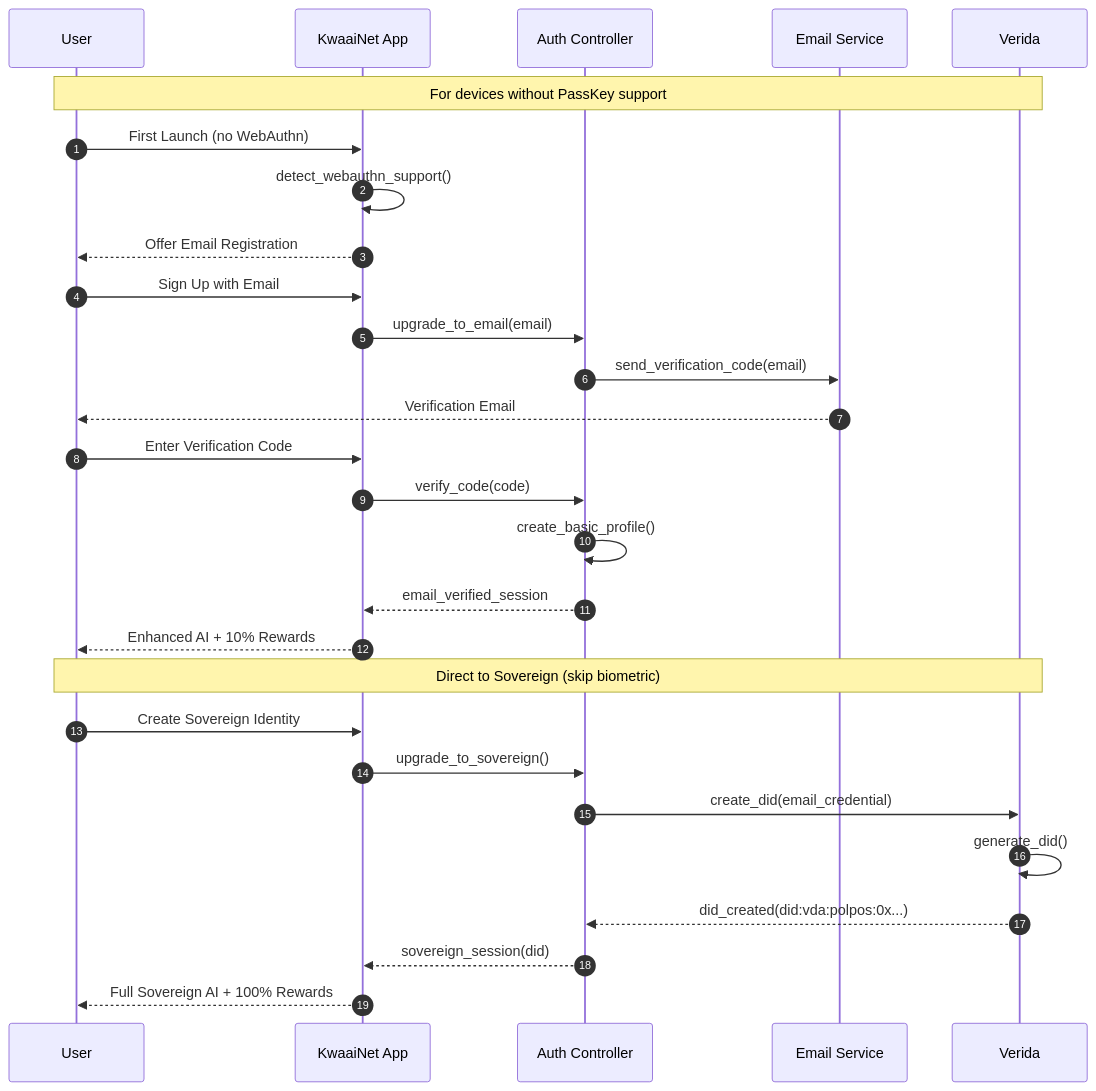
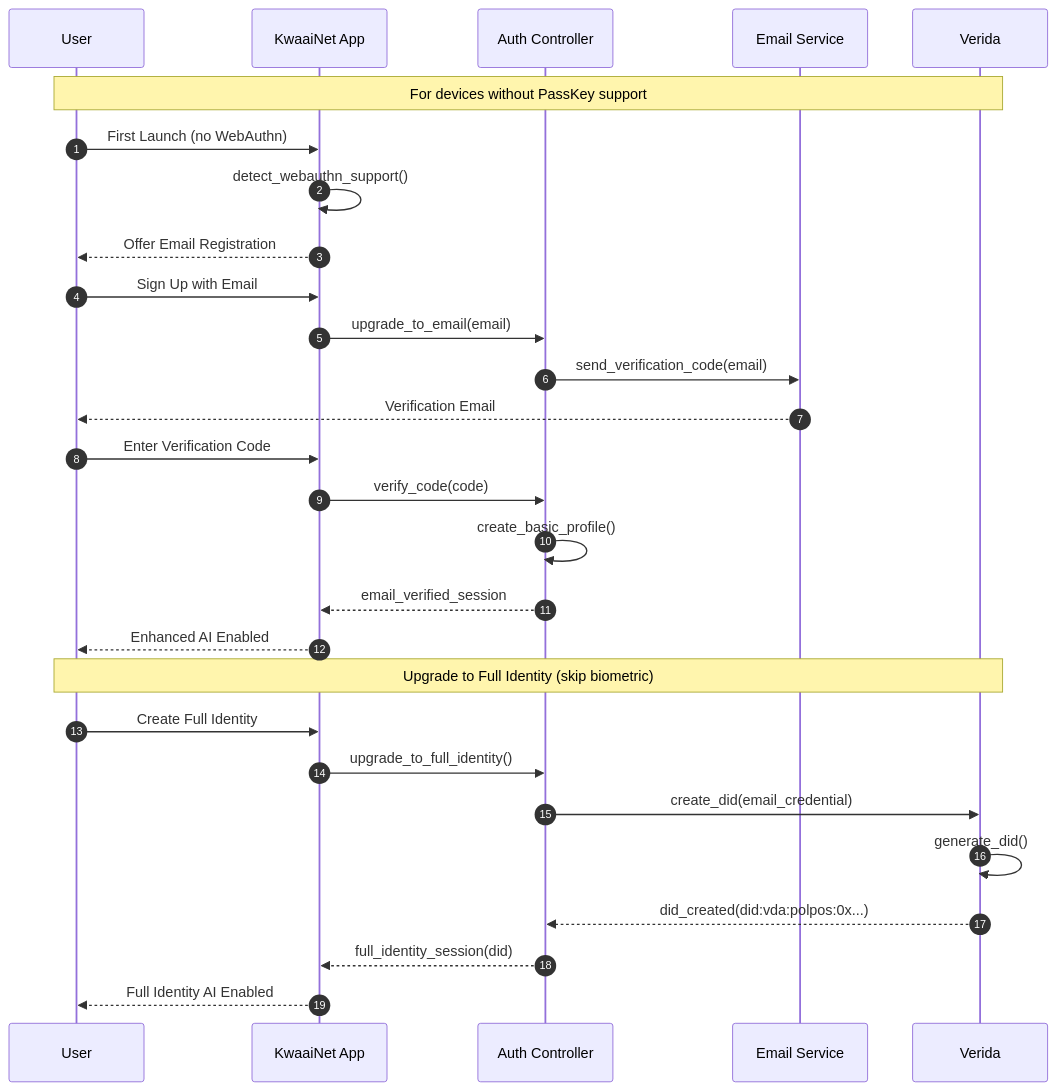
One commit to Kwaai-AI-Lab/KwaaiNet changed the fourth of 15 diagrams in docs/DATA_FLOWS.md. Above: the diagram before and after it, drawn with Mermaid. The commit also changed other lines of this file and 10 other files, not shown here.

````diff
--- a/docs/DATA_FLOWS.md
+++ b/docs/DATA_FLOWS.md
@@ -164,36 +163,36 @@
 ```mermaid
 sequenceDiagram
     autonumber
     participant User
     participant App as KwaaiNet App
     participant Auth as Auth Controller
     participant Email as Email Service
     participant Verida
 
     Note over User,Verida: For devices without PassKey support
 
     User->>App: First Launch (no WebAuthn)
     App->>App: detect_webauthn_support()
     App-->>User: Offer Email Registration
 
     User->>App: Sign Up with Email
     App->>Auth: upgrade_to_email(email)
     Auth->>Email: send_verification_code(email)
     Email-->>User: Verification Email
 
     User->>App: Enter Verification Code
     App->>Auth: verify_code(code)
     Auth->>Auth: create_basic_profile()
     Auth-->>App: email_verified_session
-    App-->>User: Enhanced AI + 10% Rewards
+    App-->>User: Enhanced AI Enabled
 
-    Note over User,Verida: Direct to Sovereign (skip biometric)
+    Note over User,Verida: Upgrade to Full Identity (skip biometric)
 
-    User->>App: Create Sovereign Identity
-    App->>Auth: upgrade_to_sovereign()
+    User->>App: Create Full Identity
+    App->>Auth: upgrade_to_full_identity()
     Auth->>Verida: create_did(email_credential)
     Verida->>Verida: generate_did()
     Verida-->>Auth: did_created(did:vda:polpos:0x...)
-    Auth-->>App: sovereign_session(did)
-    App-->>User: Full Sovereign AI + 100% Rewards
+    Auth-->>App: full_identity_session(did)
+    App-->>User: Full Identity AI Enabled
 ```
````
